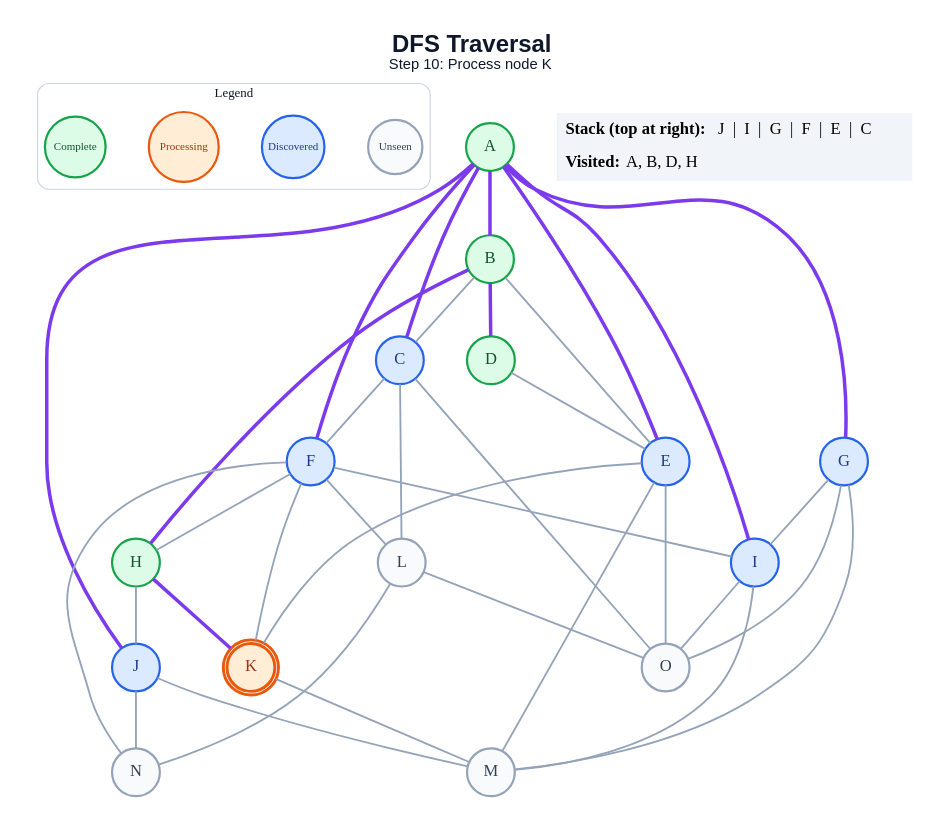
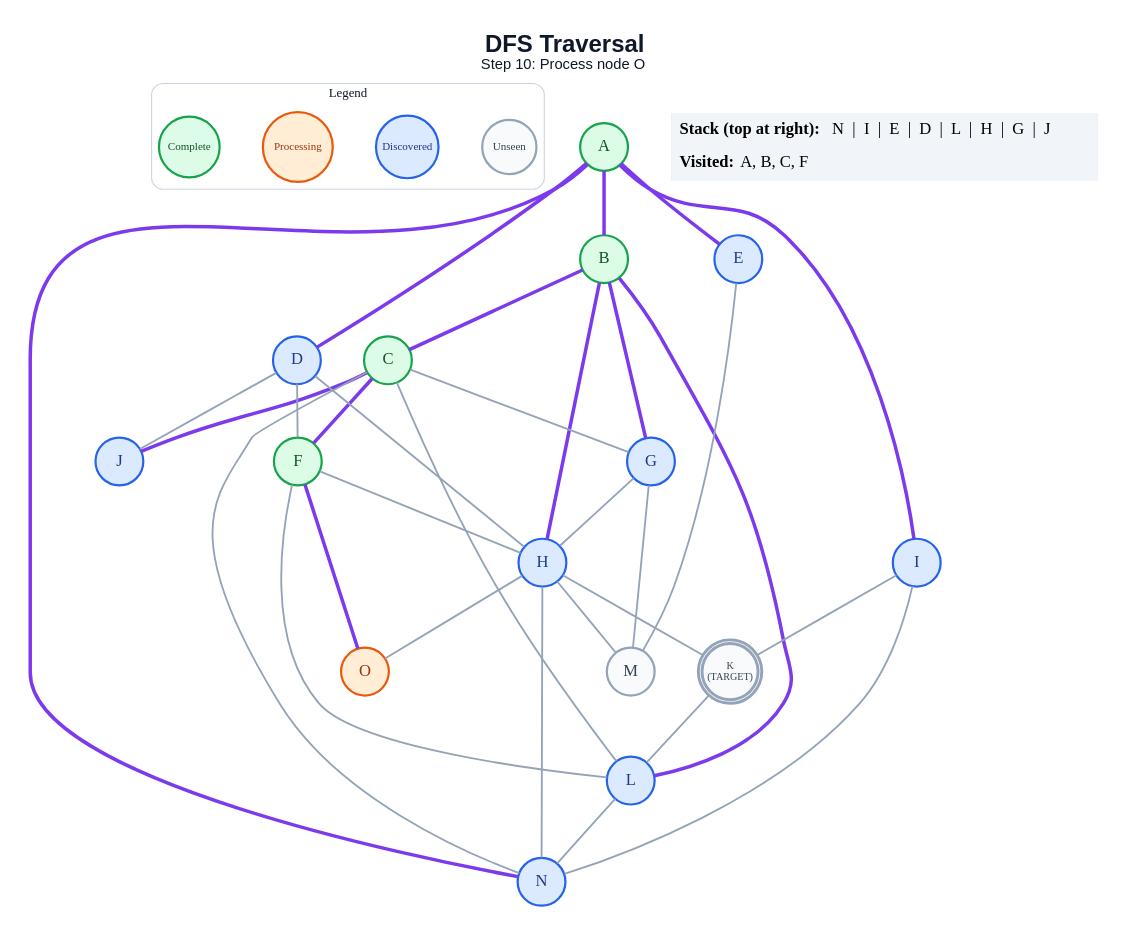
One commit to anon7238593-create/ai-slop changed the diagram in generated/specific-node/dfs/step_10.dot. Above: the diagram before and after it, drawn with Graphviz. The commit also changed 286 other files, not shown here.

```diff
--- a/generated/specific-node/dfs/step_10.dot
+++ b/generated/specific-node/dfs/step_10.dot
@@ -1,69 +1,65 @@
 graph traversal {
   graph [layout=dot, rankdir=TB, bgcolor="#FFFFFF", pad="0.35", nodesep="0.65", ranksep="0.8", fontname="Arial"];
   node [shape=circle, style="filled", fontname="Arial Bold", fontsize=18, width=0.72, fixedsize=true, penwidth=2.4];
   edge [color="#94A3B8", penwidth=2.0];
-  label=<<B>DFS Traversal</B><BR/><FONT POINT-SIZE="16">Step 10: Process node K</FONT>>; labelloc="t"; fontsize=26; fontname="Arial"; fontcolor="#0F172A";
+  label=<<B>DFS Traversal</B><BR/><FONT POINT-SIZE="16">Step 10: Process node O</FONT>>; labelloc="t"; fontsize=26; fontname="Arial"; fontcolor="#0F172A";
   subgraph cluster_legend { label="Legend"; color="#CBD5E1"; penwidth=1.2; style="rounded"; fontsize=14; fontname="Arial Bold";
     key_unseen [label="Unseen", fillcolor="#F8FAFC", color="#94A3B8", fontcolor="#334155", fontsize=12, width=0.82];
     key_frontier [label="Discovered", fillcolor="#DBEAFE", color="#2563EB", fontcolor="#1E3A8A", fontsize=12, width=0.95];
     key_current [label="Processing", fillcolor="#FFEDD5", color="#EA580C", fontcolor="#9A3412", fontsize=12, width=1.05];
     key_done [label="Complete", fillcolor="#DCFCE7", color="#16A34A", fontcolor="#14532D", fontsize=12, width=0.92];
     { rank=same; key_unseen; key_frontier; key_current; key_done; }
   }
   A [label="A", fillcolor="#DCFCE7", color="#16A34A", fontcolor="#14532D", peripheries=1, penwidth=2.4];
   B [label="B", fillcolor="#DCFCE7", color="#16A34A", fontcolor="#14532D", peripheries=1, penwidth=2.4];
-  C [label="C", fillcolor="#DBEAFE", color="#2563EB", fontcolor="#1E3A8A", peripheries=1, penwidth=2.4];
-  D [label="D", fillcolor="#DCFCE7", color="#16A34A", fontcolor="#14532D", peripheries=1, penwidth=2.4];
+  C [label="C", fillcolor="#DCFCE7", color="#16A34A", fontcolor="#14532D", peripheries=1, penwidth=2.4];
+  D [label="D", fillcolor="#DBEAFE", color="#2563EB", fontcolor="#1E3A8A", peripheries=1, penwidth=2.4];
   E [label="E", fillcolor="#DBEAFE", color="#2563EB", fontcolor="#1E3A8A", peripheries=1, penwidth=2.4];
-  F [label="F", fillcolor="#DBEAFE", color="#2563EB", fontcolor="#1E3A8A", peripheries=1, penwidth=2.4];
+  F [label="F", fillcolor="#DCFCE7", color="#16A34A", fontcolor="#14532D", peripheries=1, penwidth=2.4];
   G [label="G", fillcolor="#DBEAFE", color="#2563EB", fontcolor="#1E3A8A", peripheries=1, penwidth=2.4];
-  H [label="H", fillcolor="#DCFCE7", color="#16A34A", fontcolor="#14532D", peripheries=1, penwidth=2.4];
+  H [label="H", fillcolor="#DBEAFE", color="#2563EB", fontcolor="#1E3A8A", peripheries=1, penwidth=2.4];
   I [label="I", fillcolor="#DBEAFE", color="#2563EB", fontcolor="#1E3A8A", peripheries=1, penwidth=2.4];
   J [label="J", fillcolor="#DBEAFE", color="#2563EB", fontcolor="#1E3A8A", peripheries=1, penwidth=2.4];
-  K [label="K", fillcolor="#FFEDD5", color="#EA580C", fontcolor="#9A3412", peripheries=2, penwidth=3.2];
-  L [label="L", fillcolor="#F8FAFC", color="#94A3B8", fontcolor="#334155", peripheries=1, penwidth=2.4];
+  K [label="K\n(TARGET)", fillcolor="#F8FAFC", color="#94A3B8", fontcolor="#334155", peripheries=2, penwidth=3.2, fontsize=11, width=0.85, height=0.85];
+  L [label="L", fillcolor="#DBEAFE", color="#2563EB", fontcolor="#1E3A8A", peripheries=1, penwidth=2.4];
   M [label="M", fillcolor="#F8FAFC", color="#94A3B8", fontcolor="#334155", peripheries=1, penwidth=2.4];
-  N [label="N", fillcolor="#F8FAFC", color="#94A3B8", fontcolor="#334155", peripheries=1, penwidth=2.4];
-  O [label="O", fillcolor="#F8FAFC", color="#94A3B8", fontcolor="#334155", peripheries=1, penwidth=2.4];
+  N [label="N", fillcolor="#DBEAFE", color="#2563EB", fontcolor="#1E3A8A", peripheries=1, penwidth=2.4];
+  O [label="O", fillcolor="#FFEDD5", color="#EA580C", fontcolor="#9A3412", peripheries=1, penwidth=2.4];
   A -- B [color="#7C3AED", penwidth=3.8];
-  A -- C [color="#7C3AED", penwidth=3.8];
+  A -- D [color="#7C3AED", penwidth=3.8];
   A -- E [color="#7C3AED", penwidth=3.8];
-  A -- F [color="#7C3AED", penwidth=3.8];
-  A -- G [color="#7C3AED", penwidth=3.8];
   A -- I [color="#7C3AED", penwidth=3.8];
-  A -- J [color="#7C3AED", penwidth=3.8];
-  B -- C;
-  B -- D [color="#7C3AED", penwidth=3.8];
-  B -- E;
+  A -- N [color="#7C3AED", penwidth=3.8];
+  B -- C [color="#7C3AED", penwidth=3.8];
+  B -- G [color="#7C3AED", penwidth=3.8];
   B -- H [color="#7C3AED", penwidth=3.8];
-  C -- F;
+  B -- L [color="#7C3AED", penwidth=3.8];
+  C -- F [color="#7C3AED", penwidth=3.8];
+  C -- G;
+  C -- J [color="#7C3AED", penwidth=3.8];
   C -- L;
-  C -- O;
-  D -- E;
-  E -- K;
+  C -- N;
+  D -- F;
+  D -- H;
+  D -- J;
   E -- M;
-  E -- O;
   F -- H;
-  F -- I;
-  F -- K;
   F -- L;
-  F -- N;
-  G -- I;
+  F -- O [color="#7C3AED", penwidth=3.8];
+  G -- H;
   G -- M;
-  G -- O;
-  H -- J;
-  H -- K [color="#7C3AED", penwidth=3.8];
-  I -- M;
-  I -- O;
-  J -- M;
-  J -- N;
-  K -- M;
+  H -- K;
+  H -- M;
+  H -- N;
+  H -- O;
+  I -- K;
+  I -- N;
+  K -- L;
   L -- N;
-  L -- O;
   status [shape=plain, fixedsize=false, width=0, height=0, margin=0, label=<
     <TABLE BORDER="0" CELLBORDER="0" CELLPADDING="7" BGCOLOR="#F1F5F9">
-      <TR><TD ALIGN="LEFT"><B>Stack (top at right):</B> J  |  I  |  G  |  F  |  E  |  C</TD></TR>
-      <TR><TD ALIGN="LEFT"><B>Visited:</B> A, B, D, H</TD></TR>
+      <TR><TD ALIGN="LEFT"><B>Stack (top at right):</B> N  |  I  |  E  |  D  |  L  |  H  |  G  |  J</TD></TR>
+      <TR><TD ALIGN="LEFT"><B>Visited:</B> A, B, C, F</TD></TR>
     </TABLE>
   >];
 }
```
